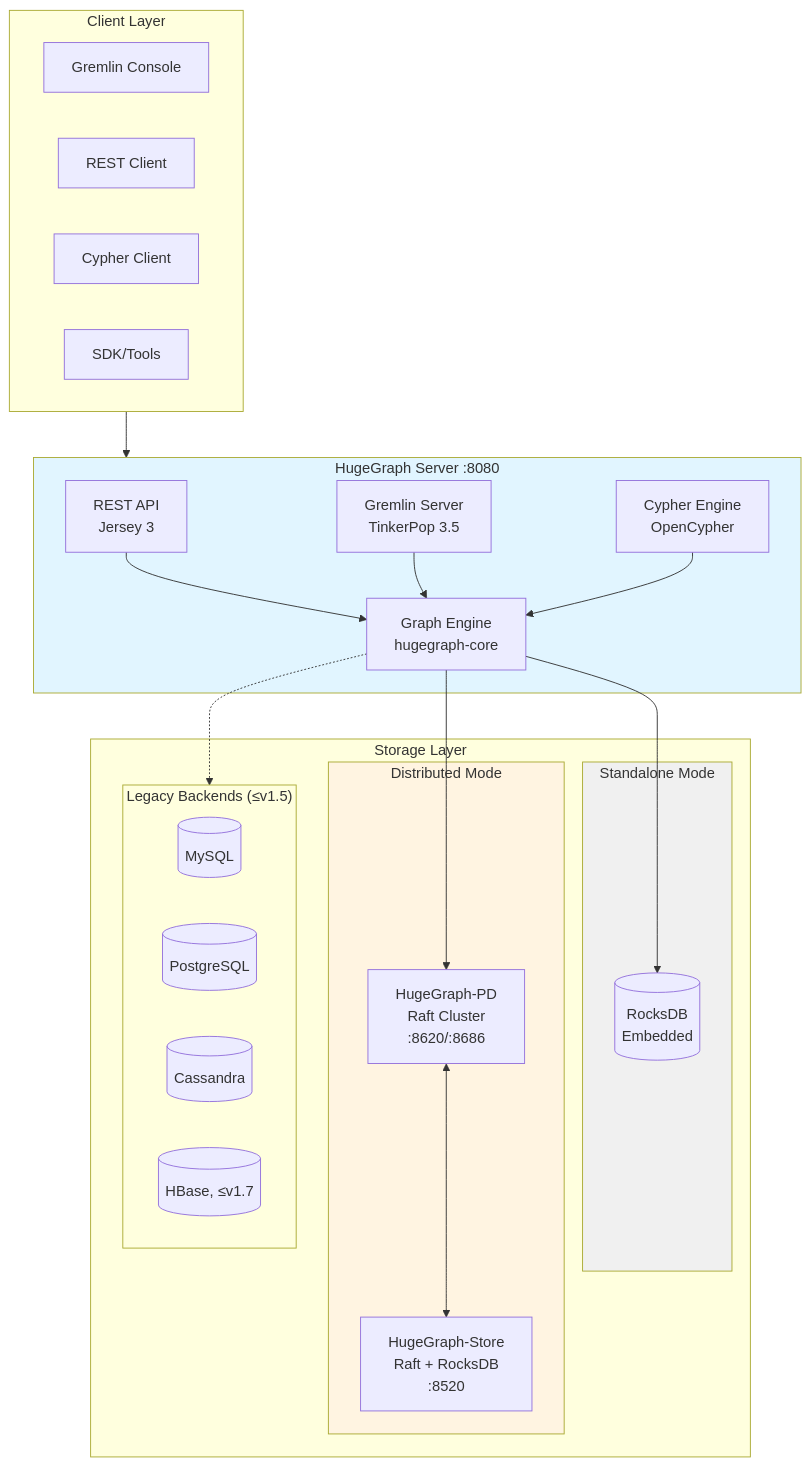
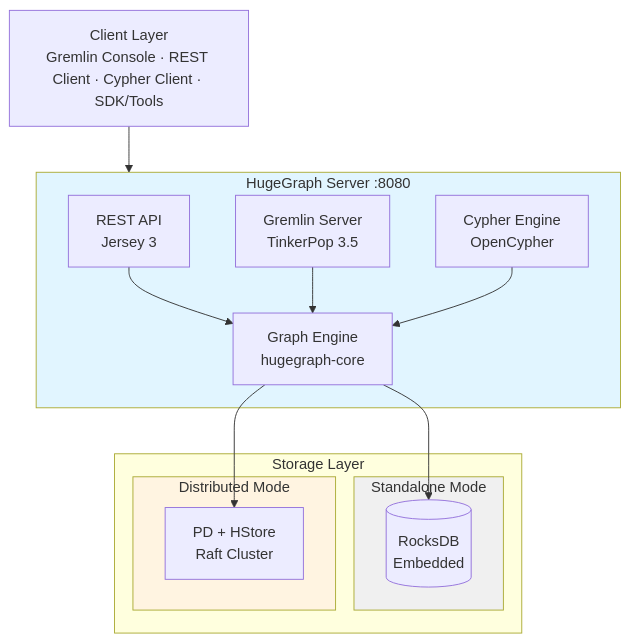
Before and after one commit to PROJECT-bitflicker/hugegraph-mirror: the diagram in hugegraph/README.md, drawn with Mermaid. The commit also changed other lines of this file and 169 other files, not shown here.

````diff
--- a/hugegraph/README.md
+++ b/hugegraph/README.md
@@ -120,48 +122,33 @@
 ```mermaid
 flowchart TB
-    subgraph Clients["Client Layer"]
-        GC[Gremlin Console]
-        REST[REST Client]
-        CYPHER[Cypher Client]
-        SDK[SDK/Tools]
-    end
+    CLIENTS["Client Layer<br/>Gremlin Console · REST Client · Cypher Client · SDK/Tools"]
 
     subgraph Server["HugeGraph Server :8080"]
         API[REST API<br/>Jersey 3]
         GS[Gremlin Server<br/>TinkerPop 3.5]
         CS[Cypher Engine<br/>OpenCypher]
         CORE[Graph Engine<br/>hugegraph-core]
 
         API --> CORE
         GS --> CORE
         CS --> CORE
     end
 
     subgraph Storage["Storage Layer"]
         subgraph Standalone["Standalone Mode"]
             ROCKS[(RocksDB<br/>Embedded)]
         end
 
         subgraph Distributed["Distributed Mode"]
-            PD[HugeGraph-PD<br/>Raft Cluster<br/>:8620/:8686]
-            STORE[HugeGraph-Store<br/>Raft + RocksDB<br/>:8520]
-            PD <--> STORE
-        end
-
-        subgraph Legacy["Legacy Backends (≤v1.5)"]
-            MYSQL[(MySQL)]
-            PG[(PostgreSQL)]
-            CASS[(Cassandra)]
-            HBASE[(HBase, ≤v1.7)]
+            PD_HSTORE[PD + HStore<br/>Raft Cluster]
         end
     end
 
-    Clients --> Server
+    CLIENTS --> Server
     CORE --> ROCKS
-    CORE --> PD
-    CORE -.-> Legacy
+    CORE --> PD_HSTORE
 
     style Server fill:#e1f5ff
     style Distributed fill:#fff4e1
     style Standalone fill:#f0f0f0
 ```
````
